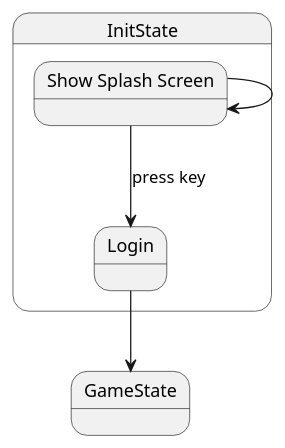
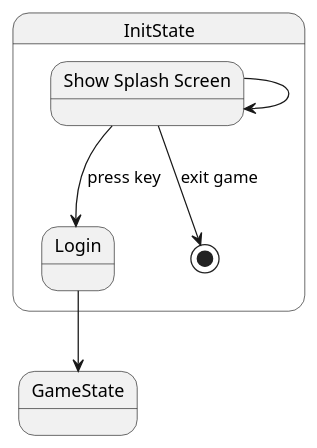
The diagram in en/init-state.md (asrob-uc3m/robotDevastation-developer-manual), drawn with PlantUML before and after one commit. The commit also changed other lines of this file, not shown here.

```diff
--- a/en/init-state.md
+++ b/en/init-state.md
@@ -5,9 +5,10 @@
 {% plantuml %}
 state GameState
 state InitState {
 state "Show Splash Screen" as ShowSplashScreen
 ShowSplashScreen --> ShowSplashScreen
 ShowSplashScreen --> Login : press key
+ShowSplashScreen --> [*] : exit game
 Login --> GameState
 }
 {% endplantuml %}
```
